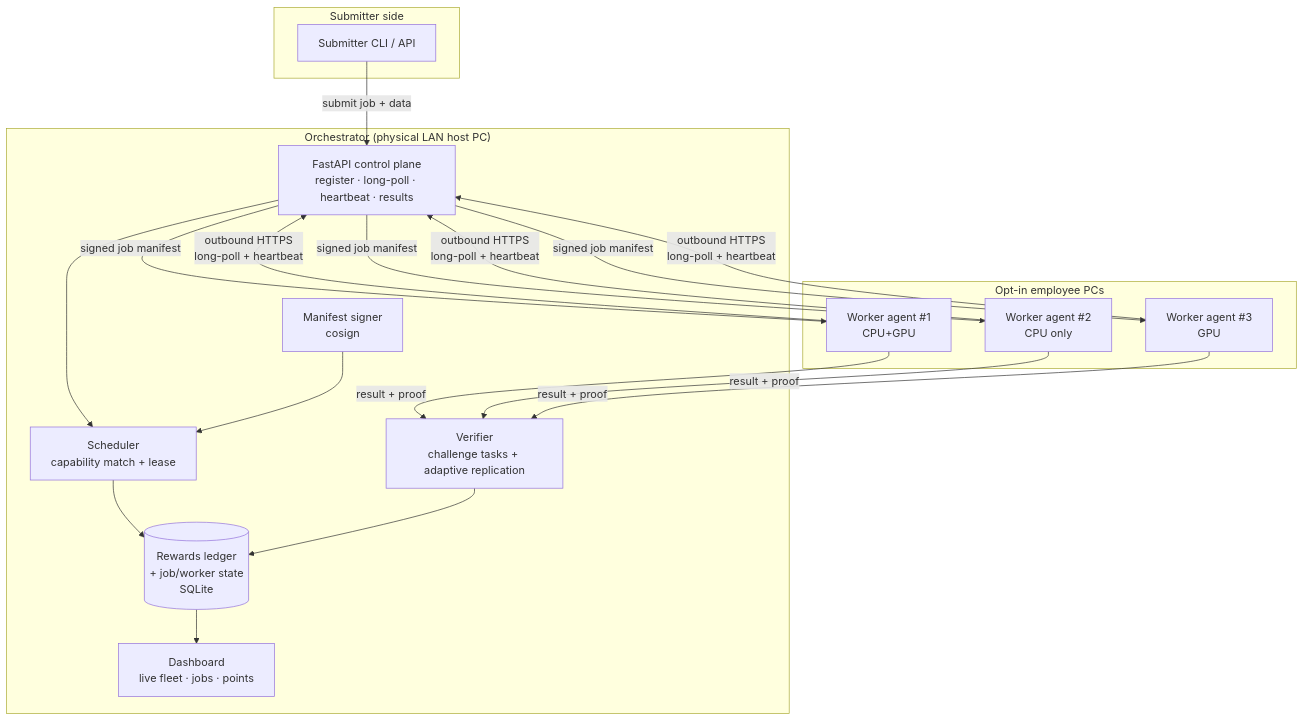
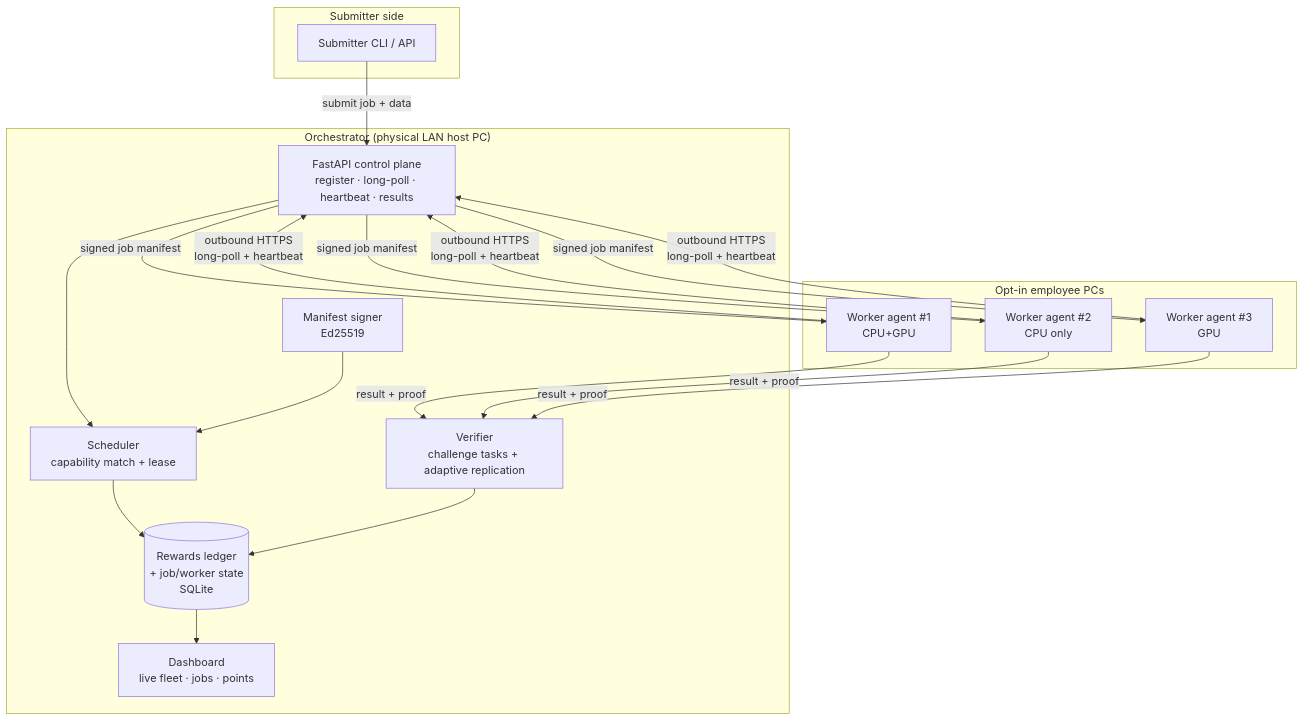
One commit to Aditya-Katkuri/OneCompute changed the first of 3 diagrams in docs/architecture.md. Above: the diagram before and after it, drawn with Mermaid. The commit also changed other lines of this file, not shown here.

First line of the commit message:
Update architecture.md for MXC backend, fail-closed isolation, pinned signer

````diff
--- a/docs/architecture.md
+++ b/docs/architecture.md
@@ -22,27 +22,27 @@
 ```mermaid
 flowchart TB
     subgraph Submit["Submitter side"]
         S[Submitter CLI / API]
     end
     subgraph Control["Orchestrator (physical LAN host PC)"]
         API[FastAPI control plane<br/>register · long-poll · heartbeat · results]
         SCH[Scheduler<br/>capability match + lease]
         VER[Verifier<br/>challenge tasks + adaptive replication]
         LEDG[(Rewards ledger<br/>+ job/worker state<br/>SQLite)]
-        SIGN[Manifest signer<br/>cosign]
+        SIGN[Manifest signer<br/>Ed25519]
         DASH[Dashboard<br/>live fleet · jobs · points]
     end
     subgraph Fleet["Opt-in employee PCs"]
         W1[Worker agent #1<br/>CPU+GPU]
         W2[Worker agent #2<br/>CPU only]
         W3[Worker agent #3<br/>GPU]
     end
 
     S -->|submit job + data| API
     API --> SCH --> LEDG
     SIGN --> SCH
     W1 & W2 & W3 -->|outbound HTTPS<br/>long-poll + heartbeat| API
     API -->|signed job manifest| W1 & W2 & W3
     W1 & W2 & W3 -->|result + proof| VER --> LEDG
     LEDG --> DASH
 ```
````
